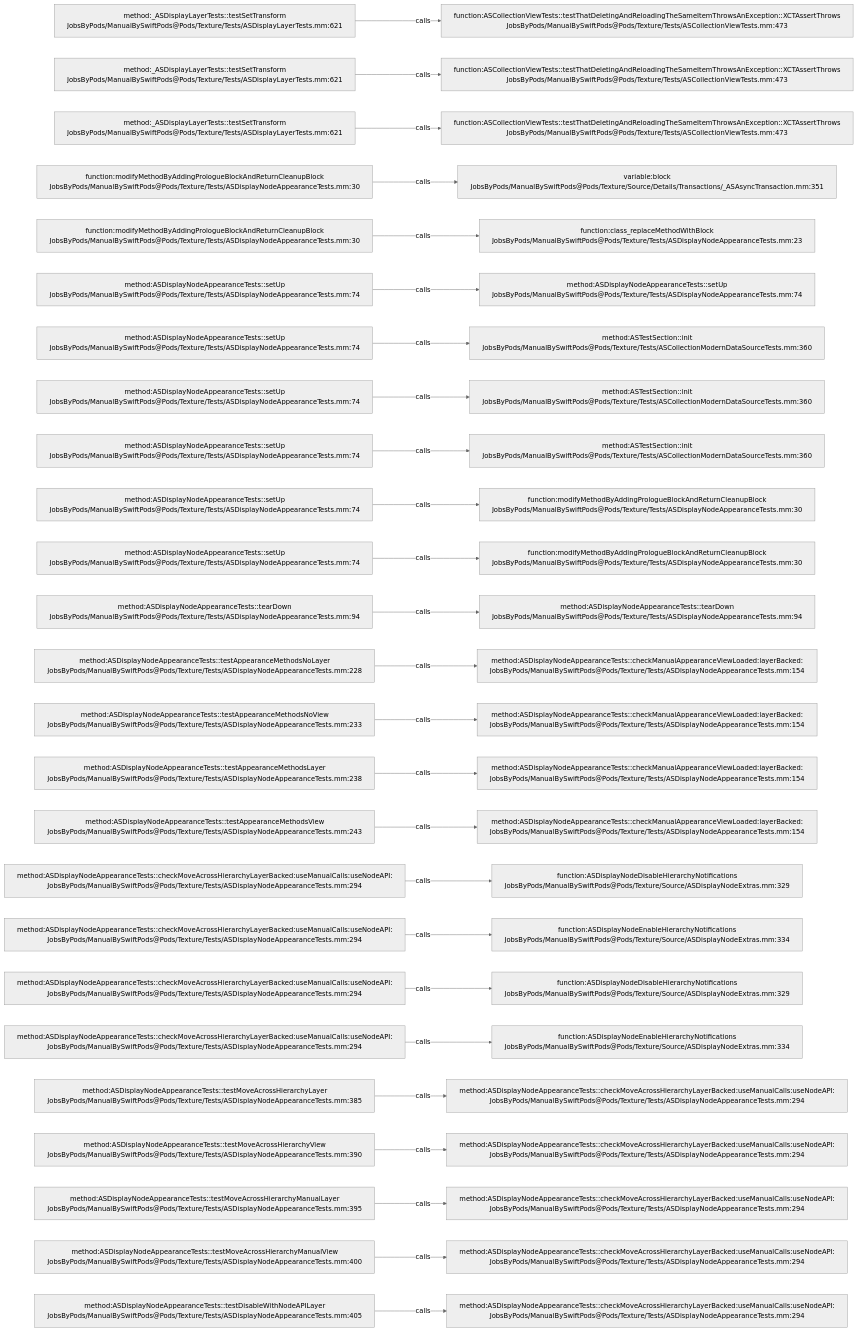
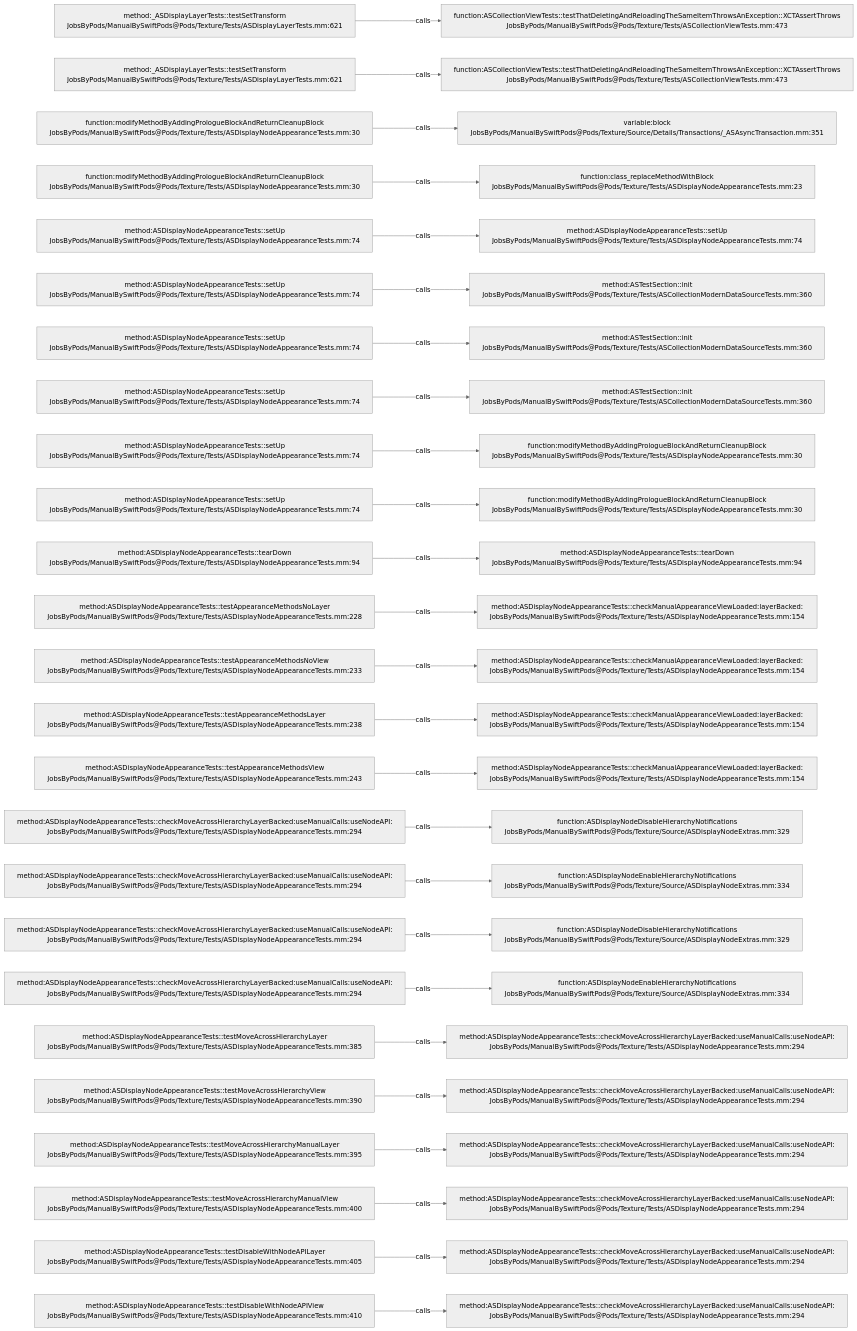
Before and after one commit to JobsKits/JobsSwiftBaseConfigDemo: the diagram in .codegraph/codegraph.md/graphs/calls-182.md, drawn with Mermaid (neutral theme). The commit also changed 747 other files, not shown here.

````diff
--- a/.codegraph/codegraph.md/graphs/calls-182.md
+++ b/.codegraph/codegraph.md/graphs/calls-182.md
@@ -13,78 +13,78 @@
 ```mermaid
 flowchart LR
   S1["method:_ASDisplayLayerTests::testSetTransform<br/>JobsByPods/ManualBySwiftPods@Pods/Texture/Tests/ASDisplayLayerTests.mm:621"]
   T1["function:ASCollectionViewTests::testThatDeletingAndReloadingTheSameItemThrowsAnException::XCTAssertThrows<br/>JobsByPods/ManualBySwiftPods@Pods/Texture/Tests/ASCollectionViewTests.mm:473"]
   S1 -->|calls| T1
   S2["method:_ASDisplayLayerTests::testSetTransform<br/>JobsByPods/ManualBySwiftPods@Pods/Texture/Tests/ASDisplayLayerTests.mm:621"]
   T2["function:ASCollectionViewTests::testThatDeletingAndReloadingTheSameItemThrowsAnException::XCTAssertThrows<br/>JobsByPods/ManualBySwiftPods@Pods/Texture/Tests/ASCollectionViewTests.mm:473"]
   S2 -->|calls| T2
-  S3["method:_ASDisplayLayerTests::testSetTransform<br/>JobsByPods/ManualBySwiftPods@Pods/Texture/Tests/ASDisplayLayerTests.mm:621"]
-  T3["function:ASCollectionViewTests::testThatDeletingAndReloadingTheSameItemThrowsAnException::XCTAssertThrows<br/>JobsByPods/ManualBySwiftPods@Pods/Texture/Tests/ASCollectionViewTests.mm:473"]
+  S3["function:modifyMethodByAddingPrologueBlockAndReturnCleanupBlock<br/>JobsByPods/ManualBySwiftPods@Pods/Texture/Tests/ASDisplayNodeAppearanceTests.mm:30"]
+  T3["variable:block<br/>JobsByPods/ManualBySwiftPods@Pods/Texture/Source/Details/Transactions/_ASAsyncTransaction.mm:351"]
   S3 -->|calls| T3
   S4["function:modifyMethodByAddingPrologueBlockAndReturnCleanupBlock<br/>JobsByPods/ManualBySwiftPods@Pods/Texture/Tests/ASDisplayNodeAppearanceTests.mm:30"]
-  T4["variable:block<br/>JobsByPods/ManualBySwiftPods@Pods/Texture/Source/Details/Transactions/_ASAsyncTransaction.mm:351"]
+  T4["function:class_replaceMethodWithBlock<br/>JobsByPods/ManualBySwiftPods@Pods/Texture/Tests/ASDisplayNodeAppearanceTests.mm:23"]
   S4 -->|calls| T4
-  S5["function:modifyMethodByAddingPrologueBlockAndReturnCleanupBlock<br/>JobsByPods/ManualBySwiftPods@Pods/Texture/Tests/ASDisplayNodeAppearanceTests.mm:30"]
-  T5["function:class_replaceMethodWithBlock<br/>JobsByPods/ManualBySwiftPods@Pods/Texture/Tests/ASDisplayNodeAppearanceTests.mm:23"]
+  S5["method:ASDisplayNodeAppearanceTests::setUp<br/>JobsByPods/ManualBySwiftPods@Pods/Texture/Tests/ASDisplayNodeAppearanceTests.mm:74"]
+  T5["method:ASDisplayNodeAppearanceTests::setUp<br/>JobsByPods/ManualBySwiftPods@Pods/Texture/Tests/ASDisplayNodeAppearanceTests.mm:74"]
   S5 -->|calls| T5
   S6["method:ASDisplayNodeAppearanceTests::setUp<br/>JobsByPods/ManualBySwiftPods@Pods/Texture/Tests/ASDisplayNodeAppearanceTests.mm:74"]
-  T6["method:ASDisplayNodeAppearanceTests::setUp<br/>JobsByPods/ManualBySwiftPods@Pods/Texture/Tests/ASDisplayNodeAppearanceTests.mm:74"]
+  T6["method:ASTestSection::init<br/>JobsByPods/ManualBySwiftPods@Pods/Texture/Tests/ASCollectionModernDataSourceTests.mm:360"]
   S6 -->|calls| T6
   S7["method:ASDisplayNodeAppearanceTests::setUp<br/>JobsByPods/ManualBySwiftPods@Pods/Texture/Tests/ASDisplayNodeAppearanceTests.mm:74"]
   T7["method:ASTestSection::init<br/>JobsByPods/ManualBySwiftPods@Pods/Texture/Tests/ASCollectionModernDataSourceTests.mm:360"]
   S7 -->|calls| T7
   S8["method:ASDisplayNodeAppearanceTests::setUp<br/>JobsByPods/ManualBySwiftPods@Pods/Texture/Tests/ASDisplayNodeAppearanceTests.mm:74"]
   T8["method:ASTestSection::init<br/>JobsByPods/ManualBySwiftPods@Pods/Texture/Tests/ASCollectionModernDataSourceTests.mm:360"]
   S8 -->|calls| T8
   S9["method:ASDisplayNodeAppearanceTests::setUp<br/>JobsByPods/ManualBySwiftPods@Pods/Texture/Tests/ASDisplayNodeAppearanceTests.mm:74"]
-  T9["method:ASTestSection::init<br/>JobsByPods/ManualBySwiftPods@Pods/Texture/Tests/ASCollectionModernDataSourceTests.mm:360"]
+  T9["function:modifyMethodByAddingPrologueBlockAndReturnCleanupBlock<br/>JobsByPods/ManualBySwiftPods@Pods/Texture/Tests/ASDisplayNodeAppearanceTests.mm:30"]
   S9 -->|calls| T9
   S10["method:ASDisplayNodeAppearanceTests::setUp<br/>JobsByPods/ManualBySwiftPods@Pods/Texture/Tests/ASDisplayNodeAppearanceTests.mm:74"]
   T10["function:modifyMethodByAddingPrologueBlockAndReturnCleanupBlock<br/>JobsByPods/ManualBySwiftPods@Pods/Texture/Tests/ASDisplayNodeAppearanceTests.mm:30"]
   S10 -->|calls| T10
-  S11["method:ASDisplayNodeAppearanceTests::setUp<br/>JobsByPods/ManualBySwiftPods@Pods/Texture/Tests/ASDisplayNodeAppearanceTests.mm:74"]
-  T11["function:modifyMethodByAddingPrologueBlockAndReturnCleanupBlock<br/>JobsByPods/ManualBySwiftPods@Pods/Texture/Tests/ASDisplayNodeAppearanceTests.mm:30"]
+  S11["method:ASDisplayNodeAppearanceTests::tearDown<br/>JobsByPods/ManualBySwiftPods@Pods/Texture/Tests/ASDisplayNodeAppearanceTests.mm:94"]
+  T11["method:ASDisplayNodeAppearanceTests::tearDown<br/>JobsByPods/ManualBySwiftPods@Pods/Texture/Tests/ASDisplayNodeAppearanceTests.mm:94"]
   S11 -->|calls| T11
-  S12["method:ASDisplayNodeAppearanceTests::tearDown<br/>JobsByPods/ManualBySwiftPods@Pods/Texture/Tests/ASDisplayNodeAppearanceTests.mm:94"]
-  T12["method:ASDisplayNodeAppearanceTests::tearDown<br/>JobsByPods/ManualBySwiftPods@Pods/Texture/Tests/ASDisplayNodeAppearanceTests.mm:94"]
+  S12["method:ASDisplayNodeAppearanceTests::testAppearanceMethodsNoLayer<br/>JobsByPods/ManualBySwiftPods@Pods/Texture/Tests/ASDisplayNodeAppearanceTests.mm:228"]
+  T12["method:ASDisplayNodeAppearanceTests::checkManualAppearanceViewLoaded:layerBacked:<br/>JobsByPods/ManualBySwiftPods@Pods/Texture/Tests/ASDisplayNodeAppearanceTests.mm:154"]
   S12 -->|calls| T12
-  S13["method:ASDisplayNodeAppearanceTests::testAppearanceMethodsNoLayer<br/>JobsByPods/ManualBySwiftPods@Pods/Texture/Tests/ASDisplayNodeAppearanceTests.mm:228"]
+  S13["method:ASDisplayNodeAppearanceTests::testAppearanceMethodsNoView<br/>JobsByPods/ManualBySwiftPods@Pods/Texture/Tests/ASDisplayNodeAppearanceTests.mm:233"]
   T13["method:ASDisplayNodeAppearanceTests::checkManualAppearanceViewLoaded:layerBacked:<br/>JobsByPods/ManualBySwiftPods@Pods/Texture/Tests/ASDisplayNodeAppearanceTests.mm:154"]
   S13 -->|calls| T13
-  S14["method:ASDisplayNodeAppearanceTests::testAppearanceMethodsNoView<br/>JobsByPods/ManualBySwiftPods@Pods/Texture/Tests/ASDisplayNodeAppearanceTests.mm:233"]
+  S14["method:ASDisplayNodeAppearanceTests::testAppearanceMethodsLayer<br/>JobsByPods/ManualBySwiftPods@Pods/Texture/Tests/ASDisplayNodeAppearanceTests.mm:238"]
   T14["method:ASDisplayNodeAppearanceTests::checkManualAppearanceViewLoaded:layerBacked:<br/>JobsByPods/ManualBySwiftPods@Pods/Texture/Tests/ASDisplayNodeAppearanceTests.mm:154"]
   S14 -->|calls| T14
-  S15["method:ASDisplayNodeAppearanceTests::testAppearanceMethodsLayer<br/>JobsByPods/ManualBySwiftPods@Pods/Texture/Tests/ASDisplayNodeAppearanceTests.mm:238"]
+  S15["method:ASDisplayNodeAppearanceTests::testAppearanceMethodsView<br/>JobsByPods/ManualBySwiftPods@Pods/Texture/Tests/ASDisplayNodeAppearanceTests.mm:243"]
   T15["method:ASDisplayNodeAppearanceTests::checkManualAppearanceViewLoaded:layerBacked:<br/>JobsByPods/ManualBySwiftPods@Pods/Texture/Tests/ASDisplayNodeAppearanceTests.mm:154"]
   S15 -->|calls| T15
-  S16["method:ASDisplayNodeAppearanceTests::testAppearanceMethodsView<br/>JobsByPods/ManualBySwiftPods@Pods/Texture/Tests/ASDisplayNodeAppearanceTests.mm:243"]
-  T16["method:ASDisplayNodeAppearanceTests::checkManualAppearanceViewLoaded:layerBacked:<br/>JobsByPods/ManualBySwiftPods@Pods/Texture/Tests/ASDisplayNodeAppearanceTests.mm:154"]
+  S16["method:ASDisplayNodeAppearanceTests::checkMoveAcrossHierarchyLayerBacked:useManualCalls:useNodeAPI:<br/>JobsByPods/ManualBySwiftPods@Pods/Texture/Tests/ASDisplayNodeAppearanceTests.mm:294"]
+  T16["function:ASDisplayNodeDisableHierarchyNotifications<br/>JobsByPods/ManualBySwiftPods@Pods/Texture/Source/ASDisplayNodeExtras.mm:329"]
   S16 -->|calls| T16
   S17["method:ASDisplayNodeAppearanceTests::checkMoveAcrossHierarchyLayerBacked:useManualCalls:useNodeAPI:<br/>JobsByPods/ManualBySwiftPods@Pods/Texture/Tests/ASDisplayNodeAppearanceTests.mm:294"]
-  T17["function:ASDisplayNodeDisableHierarchyNotifications<br/>JobsByPods/ManualBySwiftPods@Pods/Texture/Source/ASDisplayNodeExtras.mm:329"]
+  T17["function:ASDisplayNodeEnableHierarchyNotifications<br/>JobsByPods/ManualBySwiftPods@Pods/Texture/Source/ASDisplayNodeExtras.mm:334"]
   S17 -->|calls| T17
   S18["method:ASDisplayNodeAppearanceTests::checkMoveAcrossHierarchyLayerBacked:useManualCalls:useNodeAPI:<br/>JobsByPods/ManualBySwiftPods@Pods/Texture/Tests/ASDisplayNodeAppearanceTests.mm:294"]
-  T18["function:ASDisplayNodeEnableHierarchyNotifications<br/>JobsByPods/ManualBySwiftPods@Pods/Texture/Source/ASDisplayNodeExtras.mm:334"]
+  T18["function:ASDisplayNodeDisableHierarchyNotifications<br/>JobsByPods/ManualBySwiftPods@Pods/Texture/Source/ASDisplayNodeExtras.mm:329"]
   S18 -->|calls| T18
   S19["method:ASDisplayNodeAppearanceTests::checkMoveAcrossHierarchyLayerBacked:useManualCalls:useNodeAPI:<br/>JobsByPods/ManualBySwiftPods@Pods/Texture/Tests/ASDisplayNodeAppearanceTests.mm:294"]
-  T19["function:ASDisplayNodeDisableHierarchyNotifications<br/>JobsByPods/ManualBySwiftPods@Pods/Texture/Source/ASDisplayNodeExtras.mm:329"]
+  T19["function:ASDisplayNodeEnableHierarchyNotifications<br/>JobsByPods/ManualBySwiftPods@Pods/Texture/Source/ASDisplayNodeExtras.mm:334"]
   S19 -->|calls| T19
-  S20["method:ASDisplayNodeAppearanceTests::checkMoveAcrossHierarchyLayerBacked:useManualCalls:useNodeAPI:<br/>JobsByPods/ManualBySwiftPods@Pods/Texture/Tests/ASDisplayNodeAppearanceTests.mm:294"]
-  T20["function:ASDisplayNodeEnableHierarchyNotifications<br/>JobsByPods/ManualBySwiftPods@Pods/Texture/Source/ASDisplayNodeExtras.mm:334"]
+  S20["method:ASDisplayNodeAppearanceTests::testMoveAcrossHierarchyLayer<br/>JobsByPods/ManualBySwiftPods@Pods/Texture/Tests/ASDisplayNodeAppearanceTests.mm:385"]
+  T20["method:ASDisplayNodeAppearanceTests::checkMoveAcrossHierarchyLayerBacked:useManualCalls:useNodeAPI:<br/>JobsByPods/ManualBySwiftPods@Pods/Texture/Tests/ASDisplayNodeAppearanceTests.mm:294"]
   S20 -->|calls| T20
-  S21["method:ASDisplayNodeAppearanceTests::testMoveAcrossHierarchyLayer<br/>JobsByPods/ManualBySwiftPods@Pods/Texture/Tests/ASDisplayNodeAppearanceTests.mm:385"]
+  S21["method:ASDisplayNodeAppearanceTests::testMoveAcrossHierarchyView<br/>JobsByPods/ManualBySwiftPods@Pods/Texture/Tests/ASDisplayNodeAppearanceTests.mm:390"]
   T21["method:ASDisplayNodeAppearanceTests::checkMoveAcrossHierarchyLayerBacked:useManualCalls:useNodeAPI:<br/>JobsByPods/ManualBySwiftPods@Pods/Texture/Tests/ASDisplayNodeAppearanceTests.mm:294"]
   S21 -->|calls| T21
-  S22["method:ASDisplayNodeAppearanceTests::testMoveAcrossHierarchyView<br/>JobsByPods/ManualBySwiftPods@Pods/Texture/Tests/ASDisplayNodeAppearanceTests.mm:390"]
+  S22["method:ASDisplayNodeAppearanceTests::testMoveAcrossHierarchyManualLayer<br/>JobsByPods/ManualBySwiftPods@Pods/Texture/Tests/ASDisplayNodeAppearanceTests.mm:395"]
   T22["method:ASDisplayNodeAppearanceTests::checkMoveAcrossHierarchyLayerBacked:useManualCalls:useNodeAPI:<br/>JobsByPods/ManualBySwiftPods@Pods/Texture/Tests/ASDisplayNodeAppearanceTests.mm:294"]
   S22 -->|calls| T22
-  S23["method:ASDisplayNodeAppearanceTests::testMoveAcrossHierarchyManualLayer<br/>JobsByPods/ManualBySwiftPods@Pods/Texture/Tests/ASDisplayNodeAppearanceTests.mm:395"]
+  S23["method:ASDisplayNodeAppearanceTests::testMoveAcrossHierarchyManualView<br/>JobsByPods/ManualBySwiftPods@Pods/Texture/Tests/ASDisplayNodeAppearanceTests.mm:400"]
   T23["method:ASDisplayNodeAppearanceTests::checkMoveAcrossHierarchyLayerBacked:useManualCalls:useNodeAPI:<br/>JobsByPods/ManualBySwiftPods@Pods/Texture/Tests/ASDisplayNodeAppearanceTests.mm:294"]
   S23 -->|calls| T23
-  S24["method:ASDisplayNodeAppearanceTests::testMoveAcrossHierarchyManualView<br/>JobsByPods/ManualBySwiftPods@Pods/Texture/Tests/ASDisplayNodeAppearanceTests.mm:400"]
+  S24["method:ASDisplayNodeAppearanceTests::testDisableWithNodeAPILayer<br/>JobsByPods/ManualBySwiftPods@Pods/Texture/Tests/ASDisplayNodeAppearanceTests.mm:405"]
   T24["method:ASDisplayNodeAppearanceTests::checkMoveAcrossHierarchyLayerBacked:useManualCalls:useNodeAPI:<br/>JobsByPods/ManualBySwiftPods@Pods/Texture/Tests/ASDisplayNodeAppearanceTests.mm:294"]
   S24 -->|calls| T24
-  S25["method:ASDisplayNodeAppearanceTests::testDisableWithNodeAPILayer<br/>JobsByPods/ManualBySwiftPods@Pods/Texture/Tests/ASDisplayNodeAppearanceTests.mm:405"]
+  S25["method:ASDisplayNodeAppearanceTests::testDisableWithNodeAPIView<br/>JobsByPods/ManualBySwiftPods@Pods/Texture/Tests/ASDisplayNodeAppearanceTests.mm:410"]
   T25["method:ASDisplayNodeAppearanceTests::checkMoveAcrossHierarchyLayerBacked:useManualCalls:useNodeAPI:<br/>JobsByPods/ManualBySwiftPods@Pods/Texture/Tests/ASDisplayNodeAppearanceTests.mm:294"]
   S25 -->|calls| T25
 ```
````
